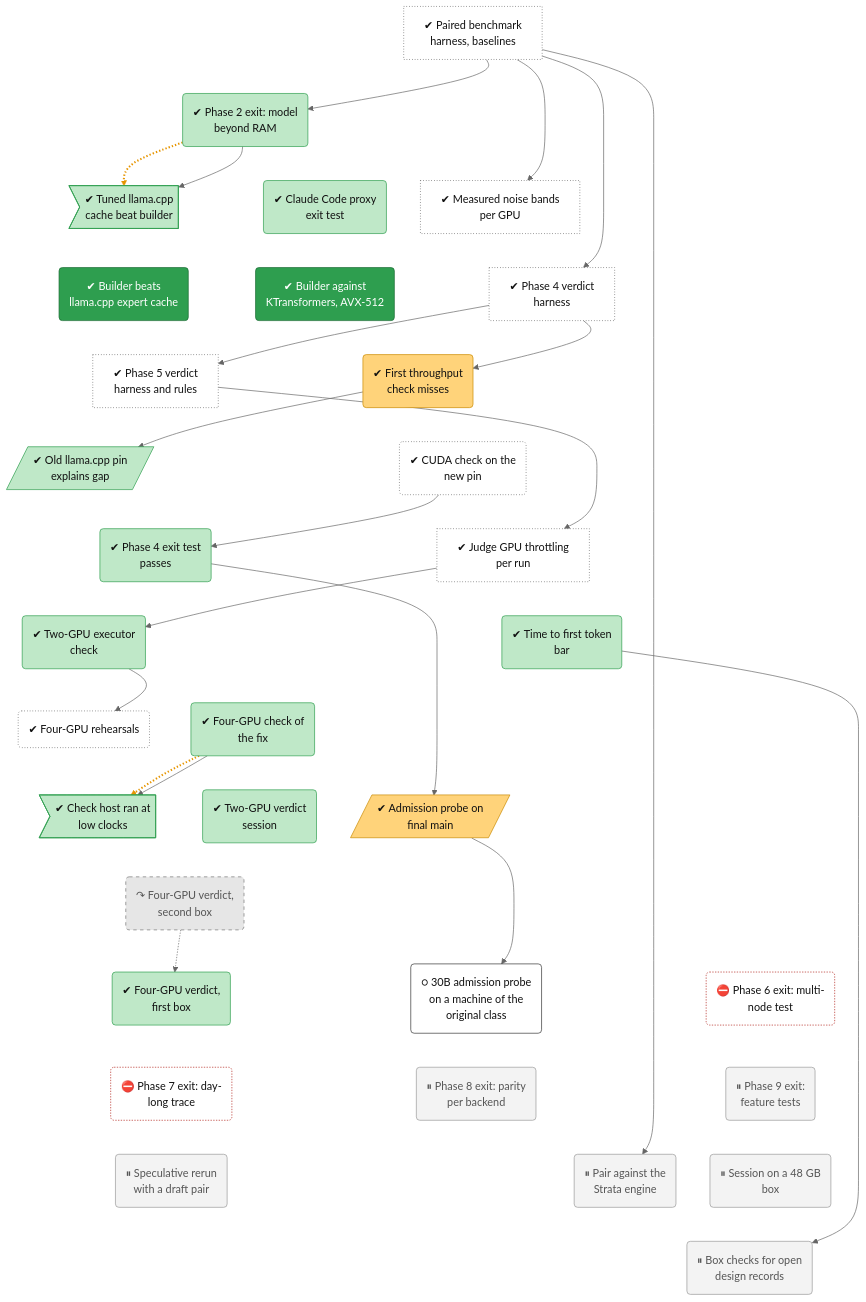
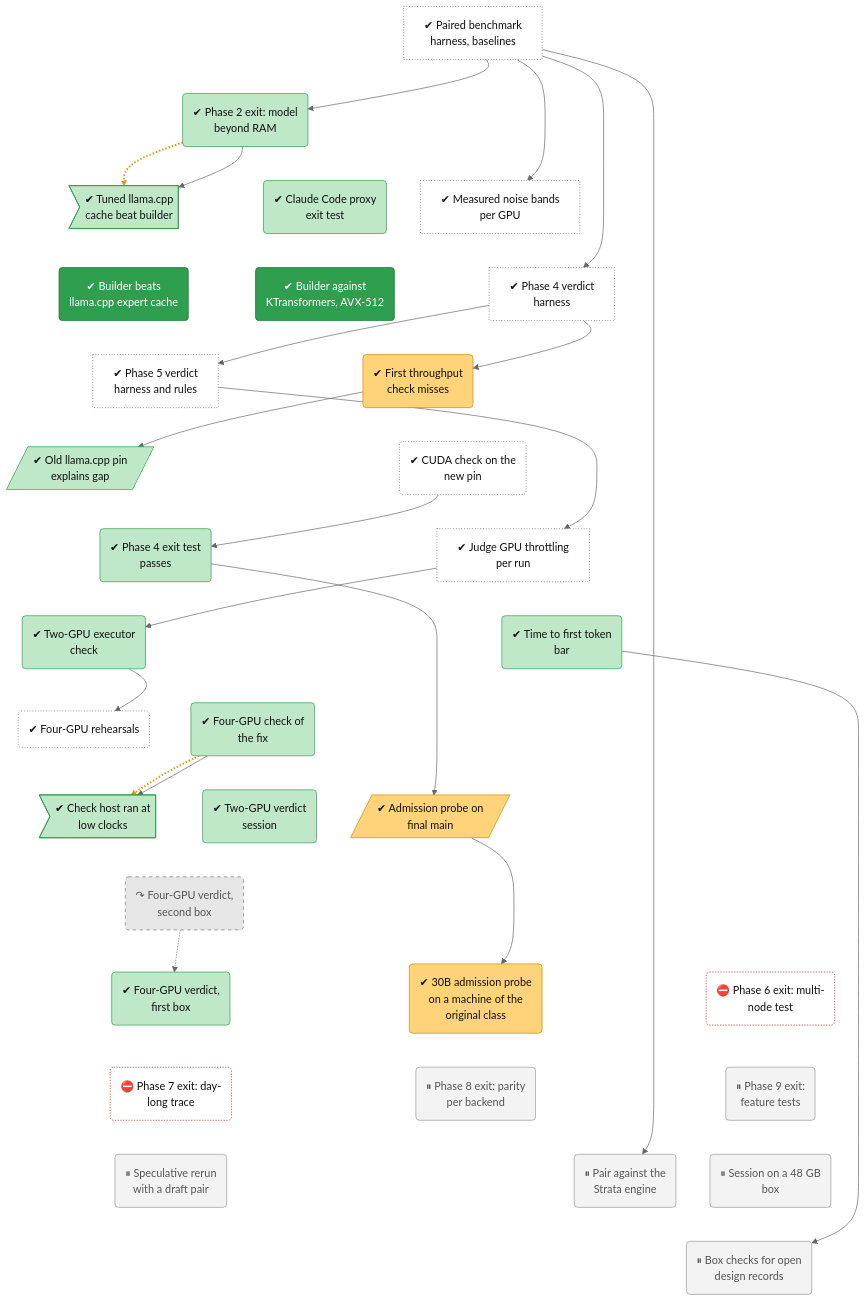
Before and after one commit to lhns/tetraeder: the diagram in docs/roadmap/tracks/bench.md, drawn with Mermaid (neutral theme). The commit also changed other lines of this file and 22 other files, not shown here.

Commit message:
d2a30b-20261122: 30B probe c4 0.910 below 0.925, q30b null (box 61881715, host 351328, EPYC 7B12); node bench-d2a-30b done, mixed

````diff
--- a/docs/roadmap/tracks/bench.md
+++ b/docs/roadmap/tracks/bench.md
@@ -32,7 +32,7 @@
     bench_d2a_probe[/"✔ Admission probe on<br/>final main"/]
     bench_v4b_verdict("↷ Four-GPU verdict,<br/>second box")
     bench_v4a_verdict("✔ Four-GPU verdict,<br/>first box")
-    bench_d2a_30b("○ 30B admission probe<br/>on a machine of the<br/>original class")
+    bench_d2a_30b("✔ 30B admission probe<br/>on a machine of the<br/>original class")
     bench_phase6_exit("⛔ Phase 6 exit: multi-<br/>node test")
     bench_phase7_exit("⛔ Phase 7 exit: day-<br/>long trace")
     bench_phase8_exit("⏸ Phase 8 exit: parity<br/>per backend")
@@ -114,9 +114,8 @@
     class bench_harness,bench_noise_bands,bench_phase4_harness,bench_phase5_harness,bench_pin_confirm,bench_throttle_rules,bench_s3_rehearsal unrated
     class bench_phase2_exit,bench_defect_tuned_cache,bench_phase3b_proxy,bench_pin_ab,bench_phase4_exit,bench_s2_step0,bench_ttft,bench_s3f2,bench_defect_s3f2_clock,bench_v2_verdict,bench_v4a_verdict succ
     class bench_m1_point1,bench_m1_point3 vsucc
-    class bench_d2a_rerun,bench_d2a_probe mixed
+    class bench_d2a_rerun,bench_d2a_probe,bench_d2a_30b mixed
     class bench_v4b_verdict dead
-    class bench_d2a_30b next
     class bench_phase6_exit,bench_phase7_exit blocked
     class bench_phase8_exit,bench_phase9_exit,bench_spec_rerun,bench_strata_pairing,bench_d1_session,bench_open_records parked
 ```
````
